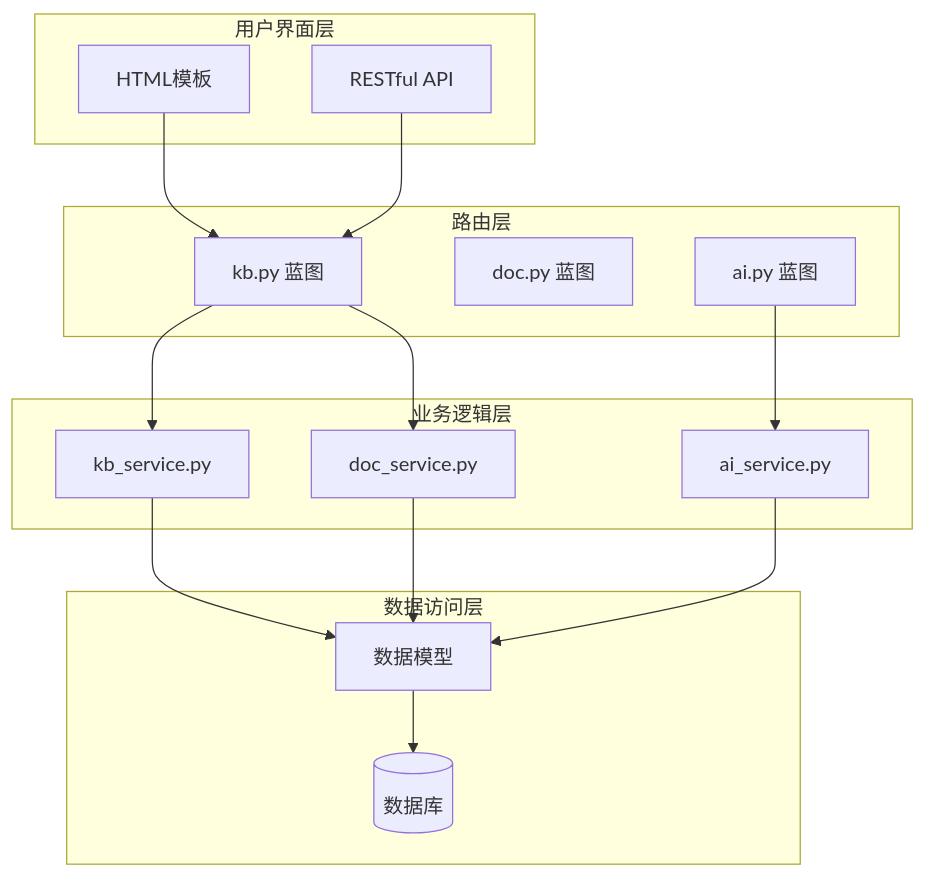
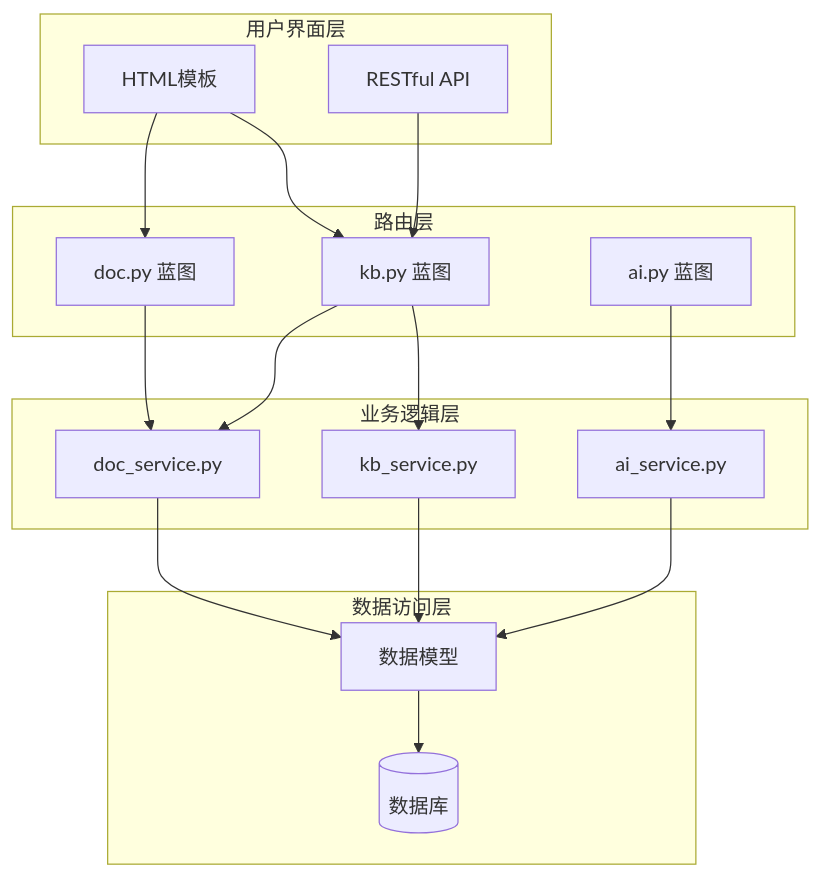
One commit to beyondalbert/my_wiki changed the third of 12 diagrams in .qoder/repowiki/zh/content/核心模块/知识库管理模块/知识库管理模块.md. Above: the diagram before and after it, drawn with Mermaid. The commit also changed other lines of this file and 5 other files, not shown here.

````diff
--- a/.qoder/repowiki/zh/content/核心模块/知识库管理模块/知识库管理模块.md
+++ b/.qoder/repowiki/zh/content/核心模块/知识库管理模块/知识库管理模块.md
@@ -161,30 +183,32 @@
 ```mermaid
 graph TB
 subgraph "用户界面层"
 UI[HTML模板]
 API[RESTful API]
 end
 subgraph "路由层"
 KB_BP[kb.py 蓝图]
 DOC_BP[doc.py 蓝图]
 AI_BP[ai.py 蓝图]
 end
 subgraph "业务逻辑层"
 KB_SERVICE[kb_service.py]
 DOC_SERVICE[doc_service.py]
 AI_SERVICE[ai_service.py]
 end
 subgraph "数据访问层"
 MODELS[数据模型]
 DB[(数据库)]
 end
 UI --> KB_BP
+UI --> DOC_BP
 API --> KB_BP
 KB_BP --> KB_SERVICE
 KB_BP --> DOC_SERVICE
+DOC_BP --> DOC_SERVICE
 AI_BP --> AI_SERVICE
 KB_SERVICE --> MODELS
 DOC_SERVICE --> MODELS
 AI_SERVICE --> MODELS
 MODELS --> DB
 ```
````
